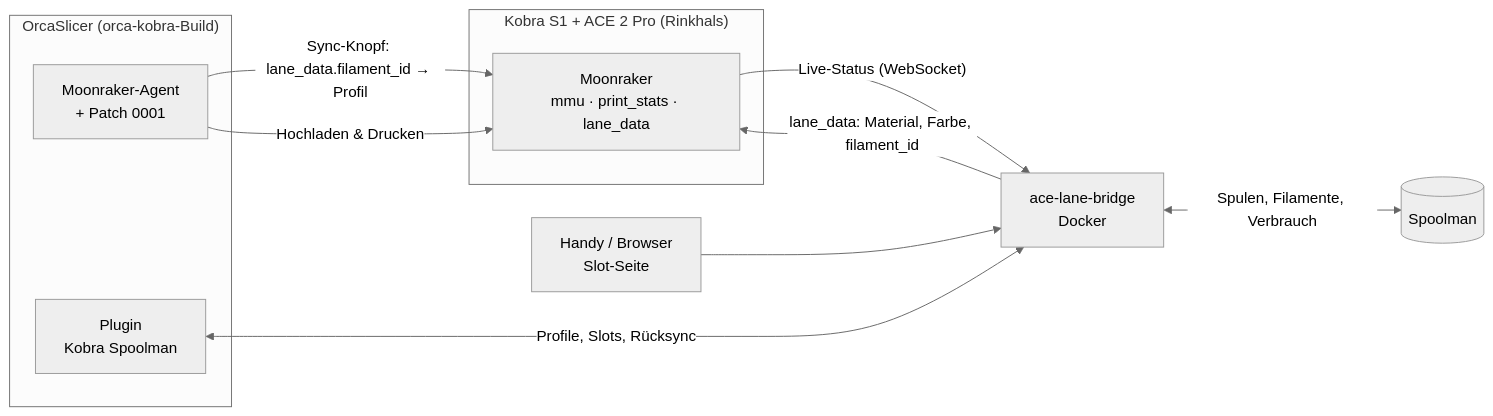
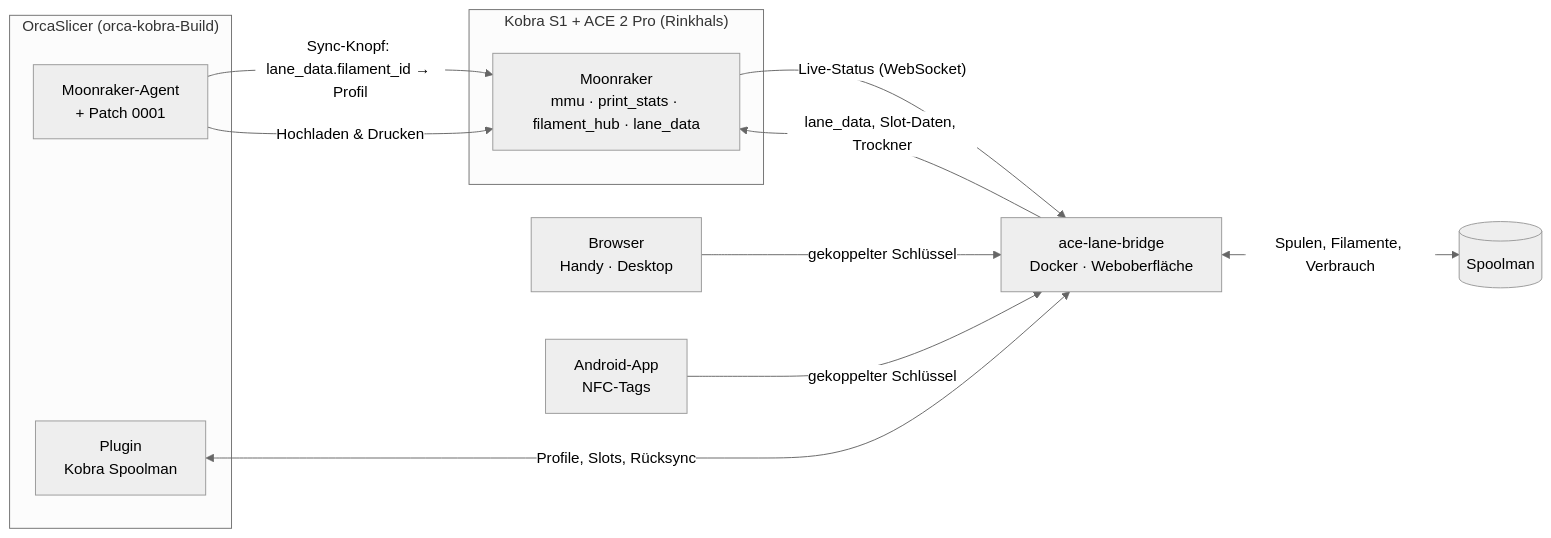
Before and after one commit to xNoVoSx/kobra-spoolman: the diagram in README.de.md, drawn with Mermaid (neutral theme). The commit also changed other lines of this file and 17 other files, not shown here.

First line of the commit message:
Doku neu fuer Weboberflaeche, Koppeln und App; Bridge 2.6.0

````diff
--- a/README.de.md
+++ b/README.de.md
@@ -38,21 +46,23 @@
 ```mermaid
 flowchart LR
     subgraph Printer["Kobra S1 + ACE 2 Pro (Rinkhals)"]
-        MR[Moonraker<br/>mmu · print_stats · lane_data]
+        MR[Moonraker<br/>mmu · print_stats · filament_hub · lane_data]
     end
     SM[(Spoolman)]
-    BR[ace-lane-bridge<br/>Docker]
+    BR[ace-lane-bridge<br/>Docker · Weboberfläche]
     subgraph PC["OrcaSlicer (orca-kobra-Build)"]
         AG[Moonraker-Agent<br/>+ Patch 0001]
         PL[Plugin<br/>Kobra Spoolman]
     end
-    Phone[Handy / Browser<br/>Slot-Seite]
+    Web[Browser<br/>Handy · Desktop]
+    App[Android-App<br/>NFC-Tags]
 
     MR -- "Live-Status (WebSocket)" --> BR
-    BR -- "lane_data: Material, Farbe, filament_id" --> MR
+    BR -- "lane_data, Slot-Daten, Trockner" --> MR
     BR <-->|"Spulen, Filamente, Verbrauch"| SM
-    Phone --> BR
+    Web -- "gekoppelter Schlüssel" --> BR
+    App -- "gekoppelter Schlüssel" --> BR
     PL <-->|"Profile, Slots, Rücksync"| BR
     AG -- "Sync-Knopf: lane_data.filament_id → Profil" --> MR
     AG -- "Hochladen & Drucken" --> MR
 ```
````
